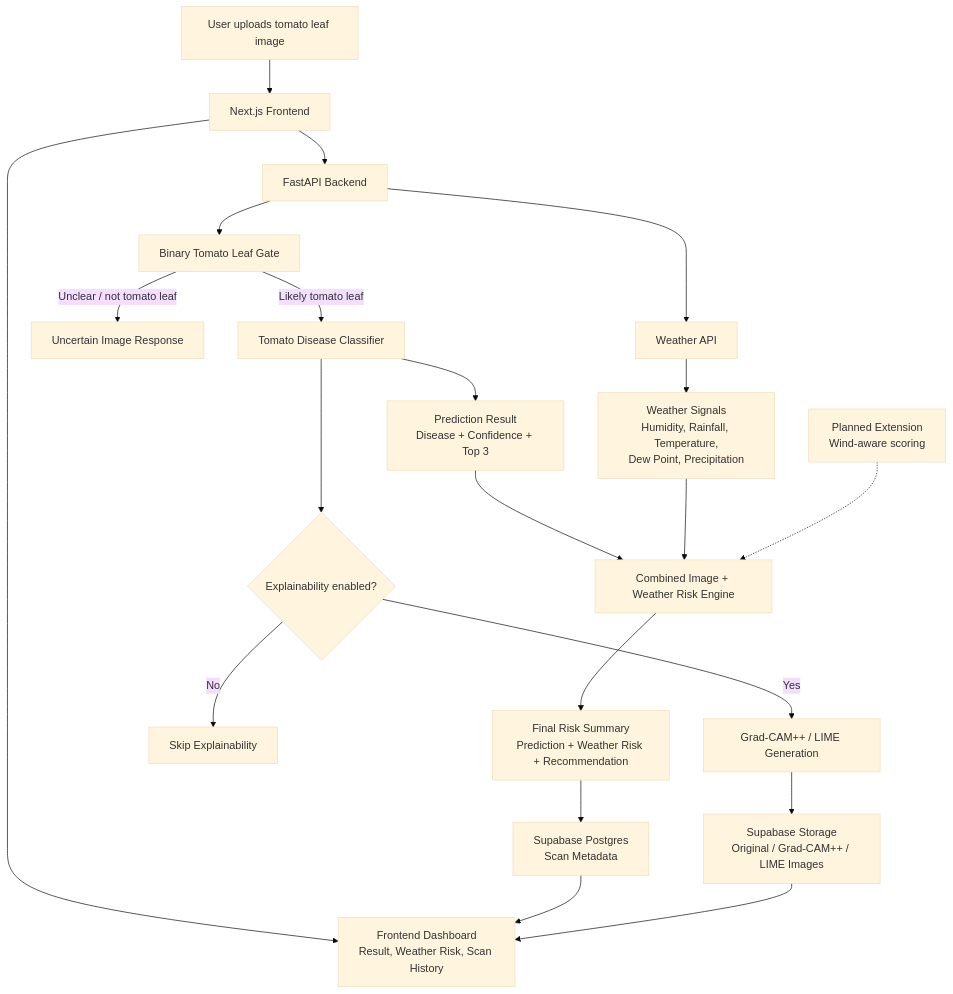
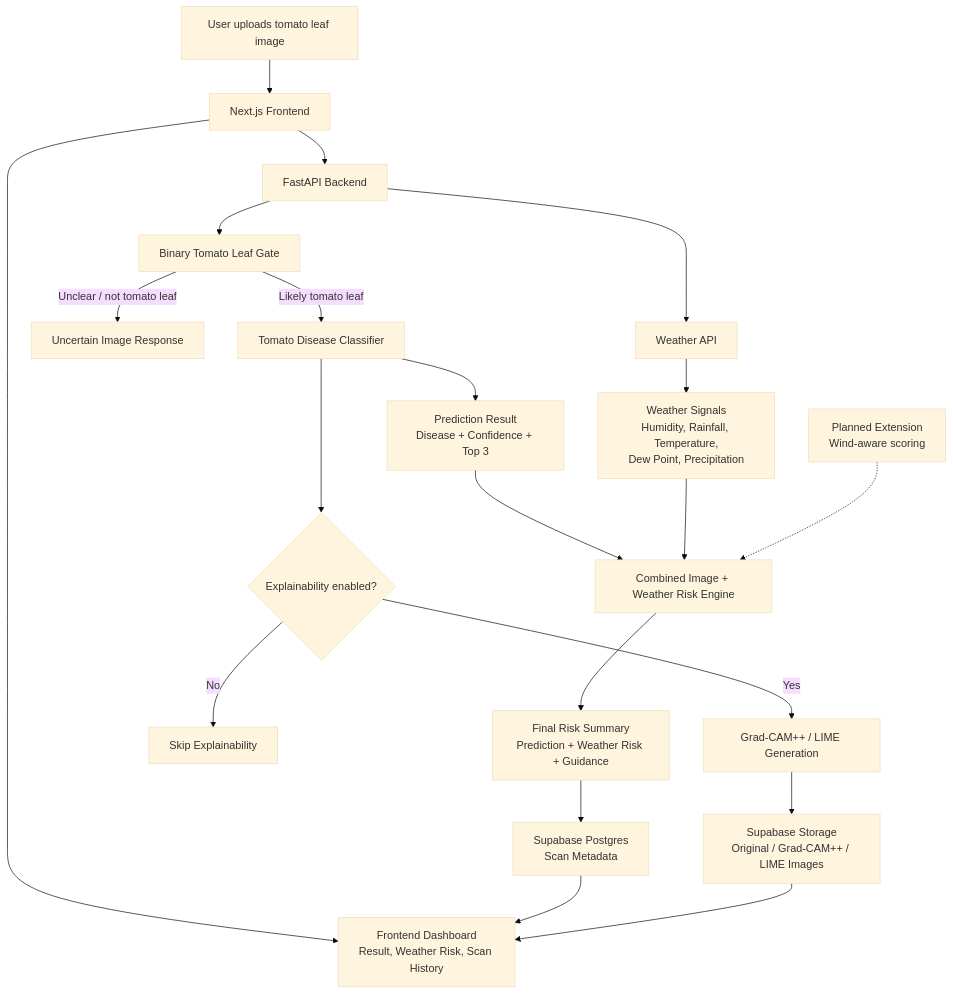
Before and after one commit to KnnthGunawan/tomato-disease-scanner: the diagram in README.md, drawn with Mermaid (base theme). The commit also changed other lines of this file, not shown here.

````diff
--- a/README.md
+++ b/README.md
@@ -85,33 +85,33 @@
 ```mermaid
 flowchart TD
 A[User uploads tomato leaf image] --> B[Next.js Frontend]
 
 B --> C[FastAPI Backend]
 
 C --> D[Binary Tomato Leaf Gate]
 D -->|Likely tomato leaf| E[Tomato Disease Classifier]
 D -->|Unclear / not tomato leaf| F[Uncertain Image Response]
 
 E --> G[Prediction Result<br/>Disease + Confidence + Top 3]
 
 E --> H{Explainability enabled?}
 H -->|Yes| I[Grad-CAM++ / LIME Generation]
 H -->|No| J[Skip Explainability]
 
 C --> K[Weather API]
 K --> L[Weather Signals<br/>Humidity, Rainfall, Temperature,<br/>Dew Point, Precipitation]
 
 G --> M[Combined Image + Weather Risk Engine]
 L --> M
 
-M --> N[Final Risk Summary<br/>Prediction + Weather Risk + Recommendation]
+M --> N[Final Risk Summary<br/>Prediction + Weather Risk + Guidance]
 
 N --> O[Supabase Postgres<br/>Scan Metadata]
 I --> P[Supabase Storage<br/>Original / Grad-CAM++ / LIME Images]
 B --> Q[Frontend Dashboard<br/>Result, Weather Risk, Scan History]
 
 O --> Q
 P --> Q
 
 R[Planned Extension<br/>Wind-aware scoring] -.-> M
 ```
````
